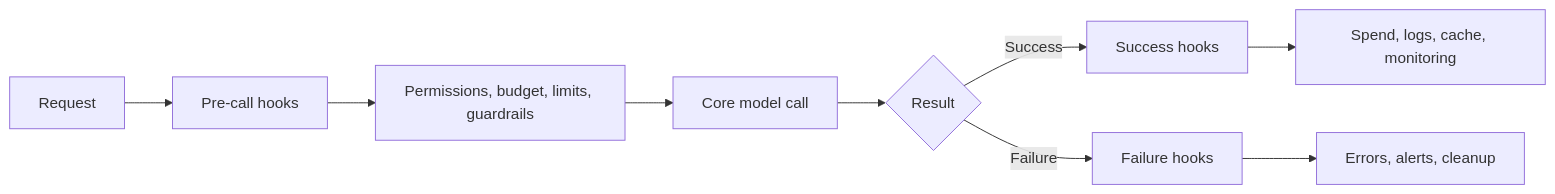
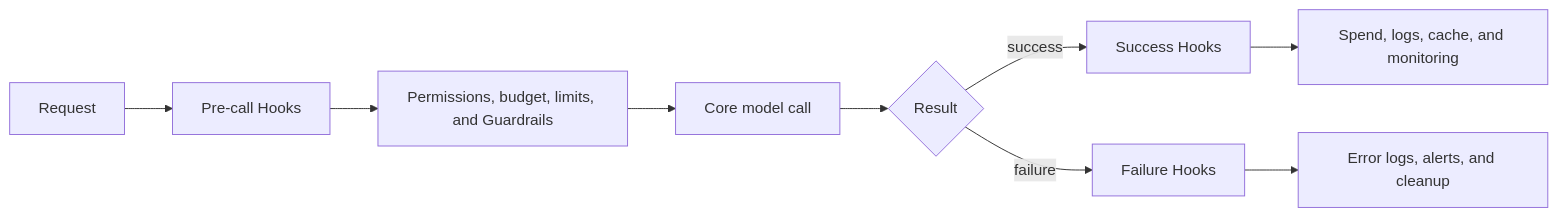
One commit to zj75968-cpu/docusaurus changed the eighth of 11 diagrams in website/i18n/en/docusaurus-plugin-content-docs/current/knowledge-base/guides/litellm-project-guide.md. Above: the diagram before and after it, drawn with Mermaid. The commit also changed other lines of this file and 1 other file, not shown here.

````diff
--- a/website/i18n/en/docusaurus-plugin-content-docs/current/knowledge-base/guides/litellm-project-guide.md
+++ b/website/i18n/en/docusaurus-plugin-content-docs/current/knowledge-base/guides/litellm-project-guide.md
@@ -342,9 +366,9 @@
 ```mermaid
 flowchart LR
-    A["Request"] --> B["Pre-call hooks"]
-    B --> C["Permissions, budget, limits, guardrails"]
+    A["Request"] --> B["Pre-call Hooks"]
+    B --> C["Permissions, budget, limits, and Guardrails"]
     C --> D["Core model call"]
     D --> E{"Result"}
-    E -- Success --> F["Success hooks"] --> G["Spend, logs, cache, monitoring"]
-    E -- Failure --> H["Failure hooks"] --> I["Errors, alerts, cleanup"]
+    E -- success --> F["Success Hooks"] --> G["Spend, logs, cache, and monitoring"]
+    E -- failure --> H["Failure Hooks"] --> I["Error logs, alerts, and cleanup"]
 ```
````
